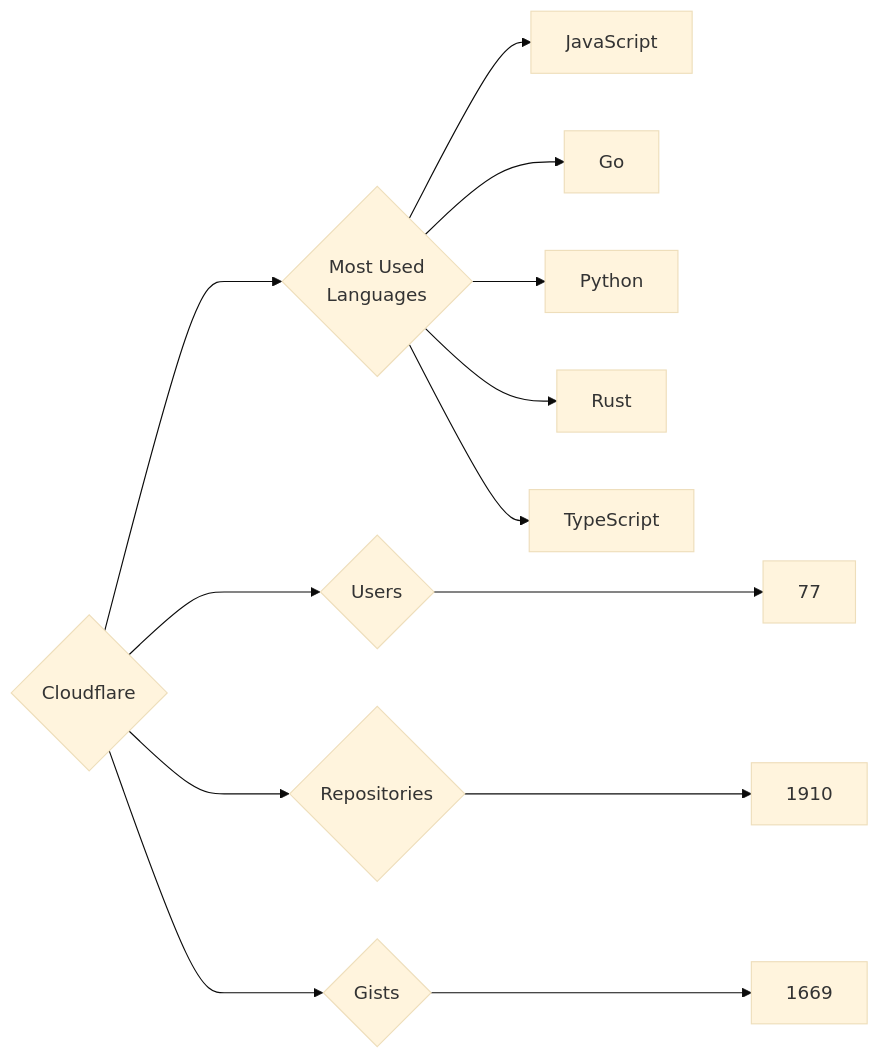
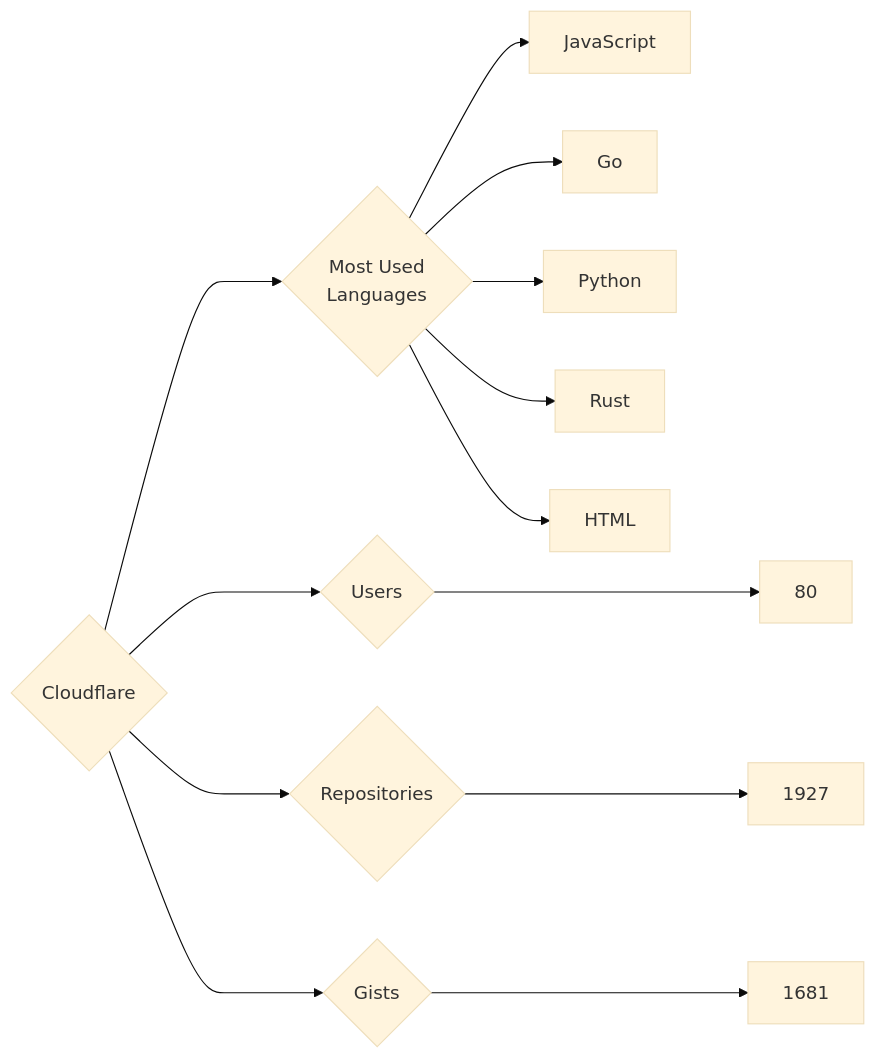
Before and after one commit to trickest/insiders: the diagram in targets/Cloudflare/README.md, drawn with Mermaid (base theme). The commit also changed 679 other files, not shown here.

````diff
--- a/targets/Cloudflare/README.md
+++ b/targets/Cloudflare/README.md
@@ -3,13 +3,13 @@
 ```mermaid
 graph LR
 COMPANY_NAME{Cloudflare}
-COMPANY_NAME ---> U{Users} ---> UN[77]
-COMPANY_NAME ---> R{Repositories} ---> RN[1910]
-COMPANY_NAME ---> G{Gists} ---> GN[1669]
+COMPANY_NAME ---> U{Users} ---> UN[80]
+COMPANY_NAME ---> R{Repositories} ---> RN[1927]
+COMPANY_NAME ---> G{Gists} ---> GN[1681]
 COMPANY_NAME ---> ML{Most Used<br>Languages}
 ML --> JavaScript[JavaScript]
 ML --> Go[Go]
 ML --> Python[Python]
 ML --> Rust[Rust]
-ML --> TypeScript[TypeScript]
+ML --> HTML[HTML]
 ```
````
